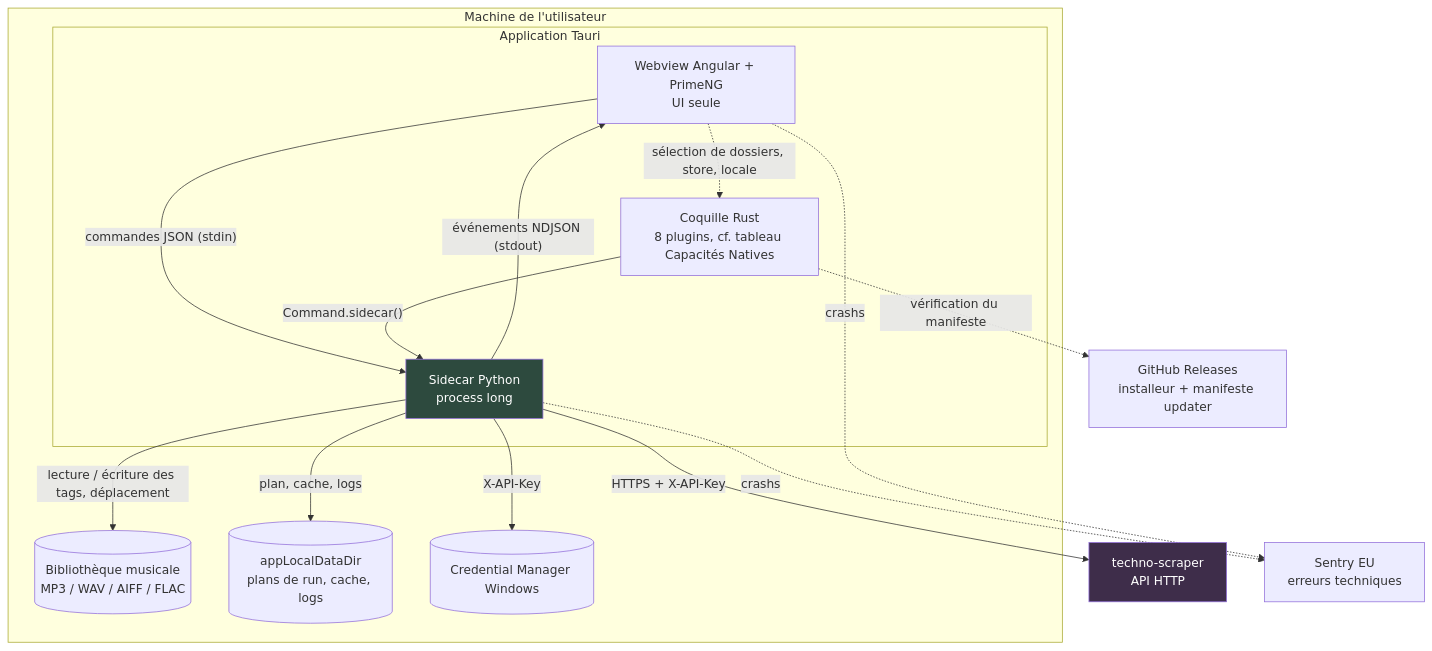
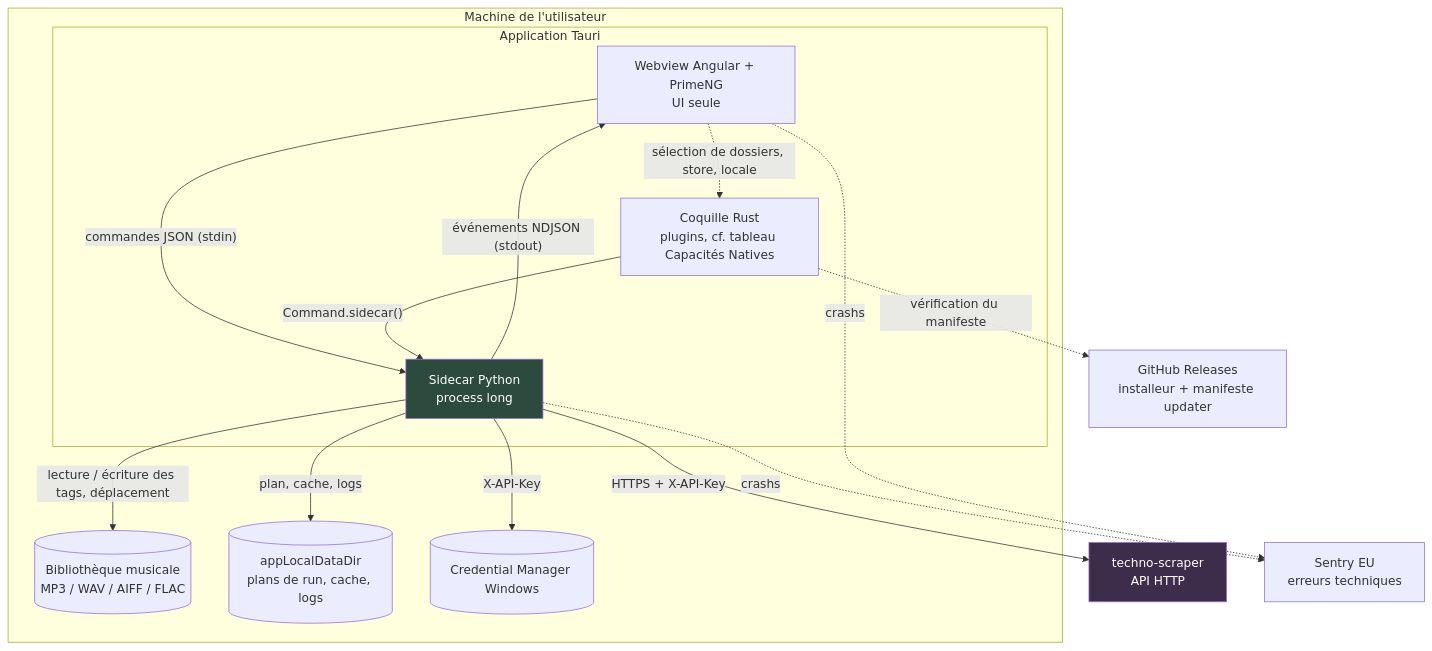
Before and after one commit to thibaud57/techno-tagger: the first of 5 diagrams in docs/ARCHITECTURE.md, drawn with Mermaid. The commit also changed other lines of this file and 131 other files, not shown here.

````diff
--- a/docs/ARCHITECTURE.md
+++ b/docs/ARCHITECTURE.md
@@ -159,32 +162,32 @@
 ```mermaid
 graph TB
     subgraph machine["Machine de l'utilisateur"]
         subgraph app["Application Tauri"]
             ui["Webview Angular + PrimeNG<br/>UI seule"]
-            rust["Coquille Rust<br/>8 plugins, cf. tableau Capacités Natives"]
+            rust["Coquille Rust<br/>plugins, cf. tableau Capacités Natives"]
             side["Sidecar Python<br/>process long"]
         end
         fs[("Bibliothèque musicale<br/>MP3 / WAV / AIFF / FLAC")]
         data[("appLocalDataDir<br/>plans de run, cache, logs")]
         kr[("Credential Manager Windows")]
     end
 
     api["techno-scraper<br/>API HTTP"]
     sentry["Sentry EU<br/>erreurs techniques"]
     gh["GitHub Releases<br/>installeur + manifeste updater"]
 
     ui -->|"commandes JSON (stdin)"| side
     side -->|"événements NDJSON (stdout)"| ui
     ui -.->|"sélection de dossiers, store, locale"| rust
     rust -->|"Command.sidecar()"| side
     side -->|"lecture / écriture des tags, déplacement"| fs
     side -->|"plan, cache, logs"| data
     side -->|"X-API-Key"| kr
     side -->|"HTTPS + X-API-Key"| api
     side -.->|"crashs"| sentry
     ui -.->|"crashs"| sentry
     rust -.->|"vérification du manifeste"| gh
 
     style side fill:#2d4a3e,color:#fff
     style api fill:#3e2d4a,color:#fff
 ```
````
